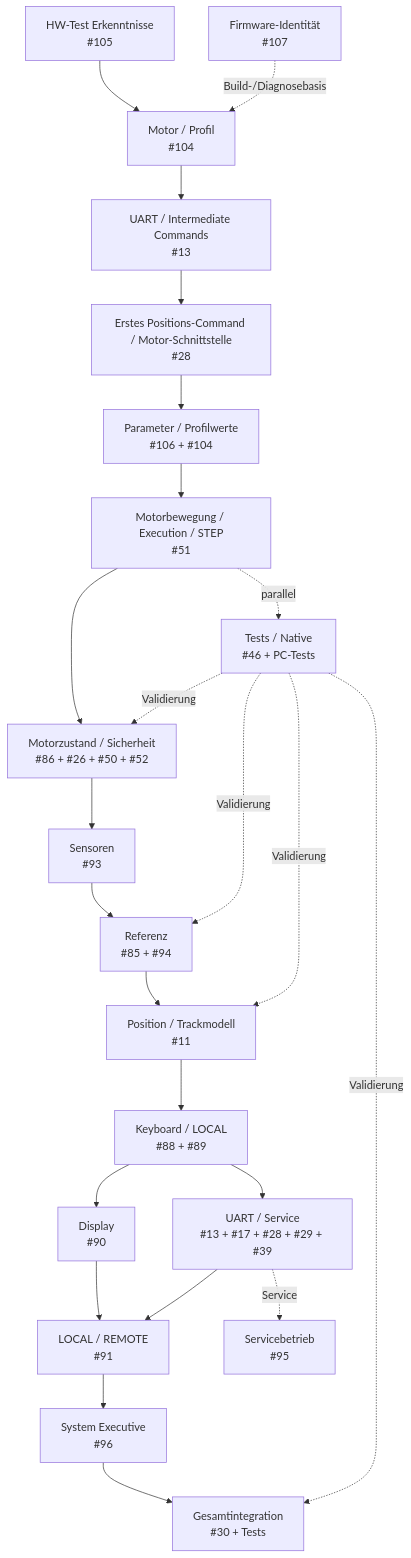
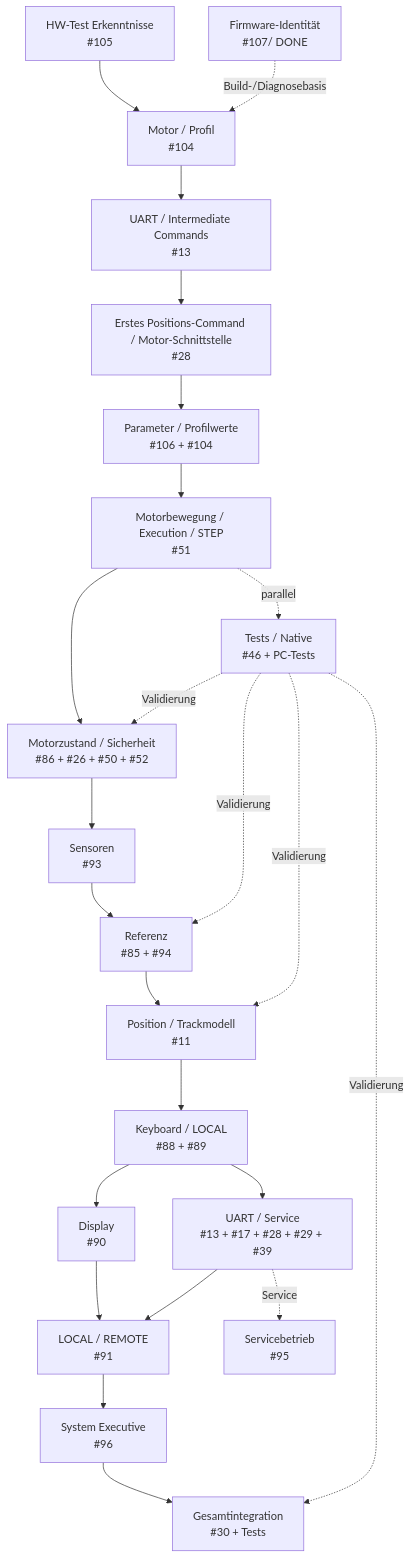
One commit to ErikaB-sys/Fiddle_yard_UVB changed the diagram in Documents/FY_Productivsoftware_Roadmap.md. Above: the diagram before and after it, drawn with Mermaid.

Commit message:
Update Firmware-Identität status in roadmap

````diff
--- a/Documents/FY_Productivsoftware_Roadmap.md
+++ b/Documents/FY_Productivsoftware_Roadmap.md
@@ -5,29 +5,29 @@
 ```mermaid
 flowchart TD
     A["HW-Test Erkenntnisse<br/>#105"] --> B["Motor / Profil<br/>#104"]
-    V["Firmware-Identität<br/>#107"] -. Build-/Diagnosebasis .-> B
+    V["Firmware-Identität<br/>#107/ DONE"] -. Build-/Diagnosebasis .-> B
 
     B --> C["UART / Intermediate Commands<br/>#13"]
     C --> D["Erstes Positions-Command / Motor-Schnittstelle<br/>#28"]
     D --> E["Parameter / Profilwerte<br/>#106 + #104"]
     E --> F["Motorbewegung / Execution / STEP<br/>#51"]
 
     F -. parallel .-> T["Tests / Native<br/>#46 + PC-Tests"]
     F --> G["Motorzustand / Sicherheit<br/>#86 + #26 + #50 + #52"]
     G --> H["Sensoren<br/>#93"]
     H --> I["Referenz<br/>#85 + #94"]
     I --> J["Position / Trackmodell<br/>#11"]
     J --> K["Keyboard / LOCAL<br/>#88 + #89"]
     K --> L["Display<br/>#90"]
     K --> M["UART / Service<br/>#13 + #17 + #28 + #29 + #39"]
     L --> N["LOCAL / REMOTE<br/>#91"]
     M --> N
     M -. Service .-> S["Servicebetrieb<br/>#95"]
     N --> O["System Executive<br/>#96"]
     O --> P["Gesamtintegration<br/>#30 + Tests"]
 
     T -. Validierung .-> G
     T -. Validierung .-> I
     T -. Validierung .-> J
     T -. Validierung .-> P
 ```
````
